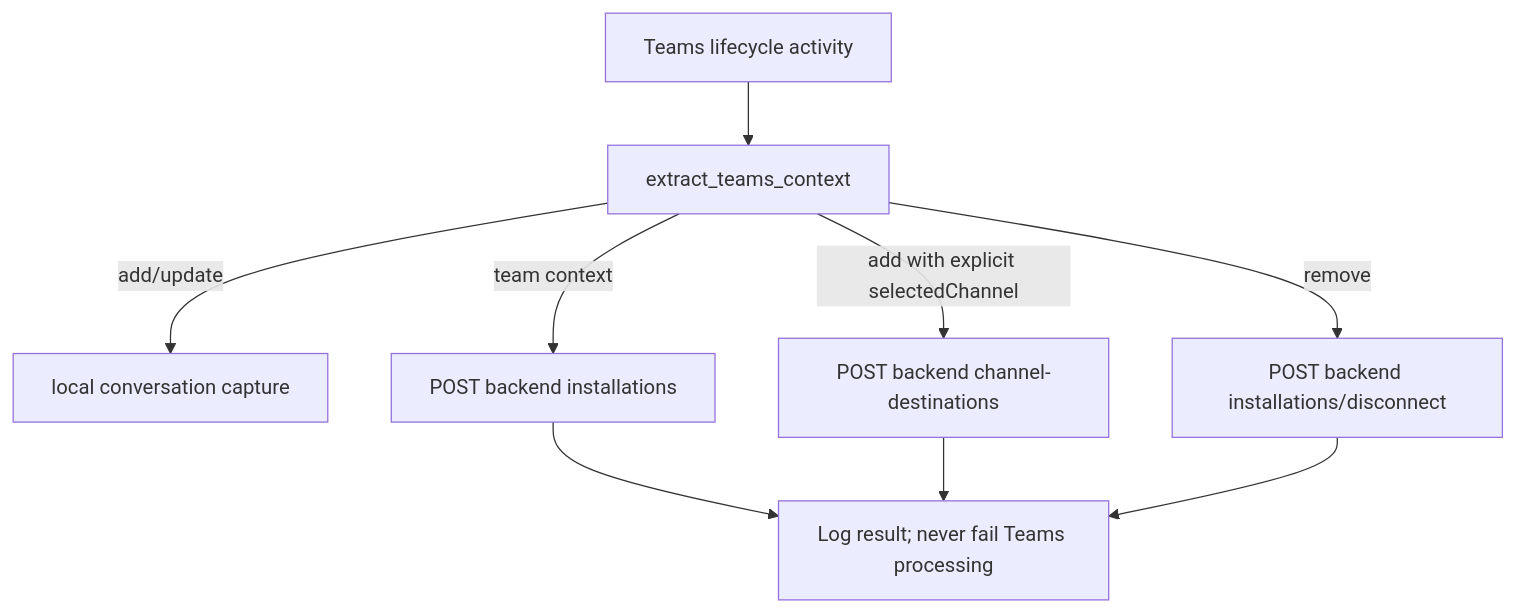
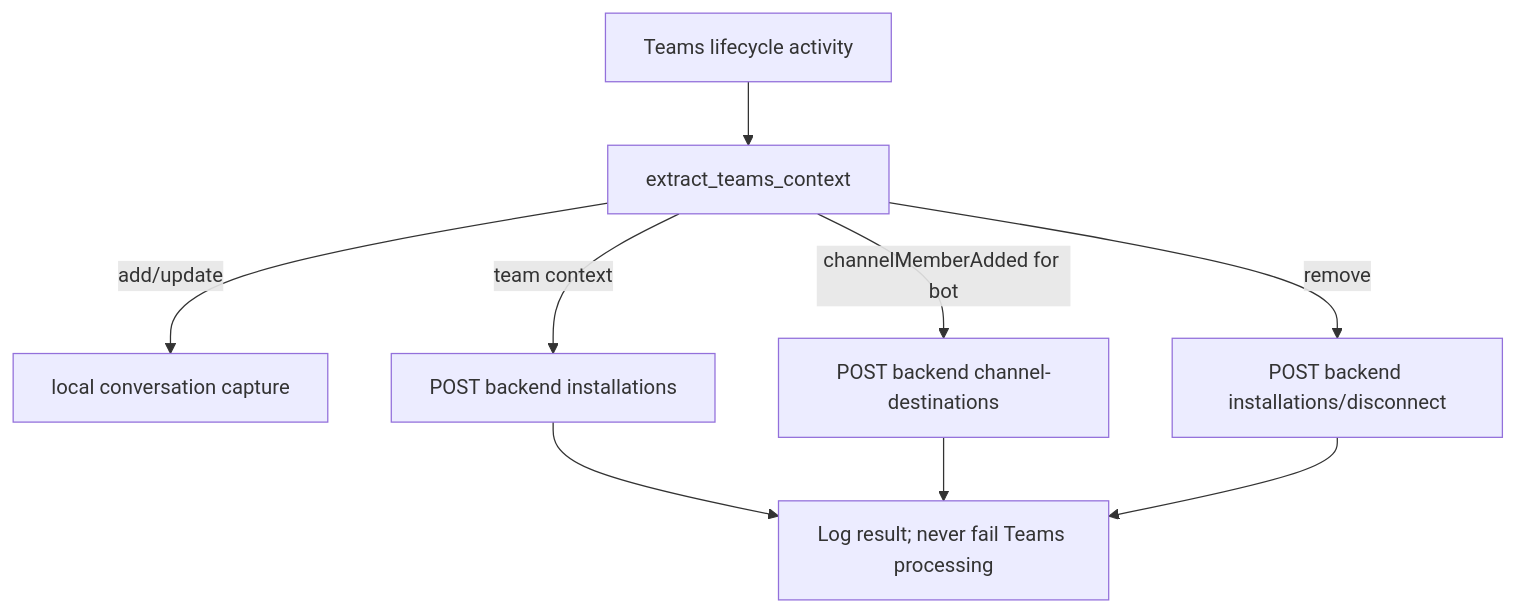
One commit to stratsync-rohit/mvp-teams-bot- changed the diagram in docs-bot/10-WEBHOOKS-AND-EVENTS.md. Above: the diagram before and after it, drawn with Mermaid. The commit also changed other lines of this file and 4 other files, not shown here.

````diff
--- a/docs-bot/10-WEBHOOKS-AND-EVENTS.md
+++ b/docs-bot/10-WEBHOOKS-AND-EVENTS.md
@@ -30,11 +31,11 @@
 ```mermaid
 flowchart TD
   E[Teams lifecycle activity] --> X[extract_teams_context]
   X -->|add/update| L[local conversation capture]
   X -->|team context| I[POST backend installations]
-  X -->|add with explicit selectedChannel| D[POST backend channel-destinations]
+  X -->|channelMemberAdded for bot| D[POST backend channel-destinations]
   X -->|remove| R[POST backend installations/disconnect]
   I --> OK[Log result; never fail Teams processing]
   D --> OK
   R --> OK
 ```
````
